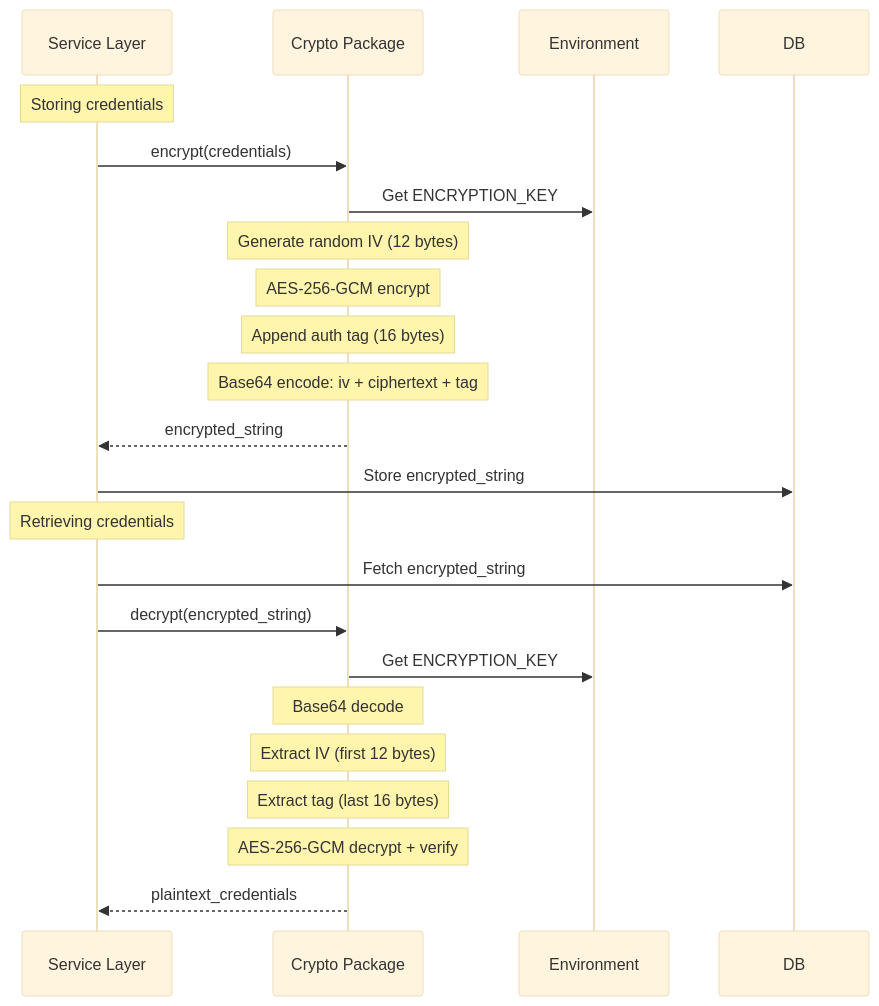
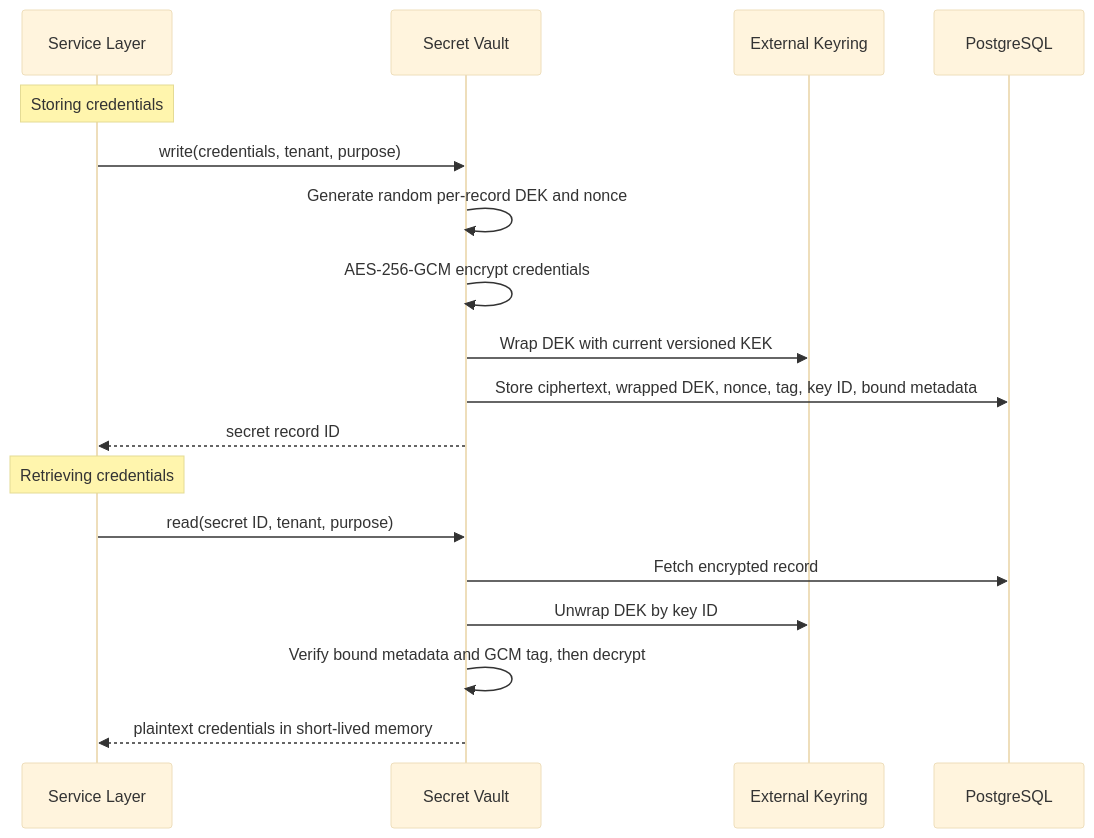
The seventh of 9 diagrams in spec/01-architecture/data-flow.md (DXHeroes/authlane), drawn with Mermaid (base theme) before and after one commit. The commit also changed other lines of this file and 60 other files, not shown here.

````diff
--- a/spec/01-architecture/data-flow.md
+++ b/spec/01-architecture/data-flow.md
@@ -217,32 +217,24 @@
 ```mermaid
 sequenceDiagram
     participant Service as Service Layer
-    participant Crypto as Crypto Package
-    participant Env as Environment
+    participant Vault as Secret Vault
+    participant Keys as External Keyring
+    participant DB as PostgreSQL
 
     Note over Service: Storing credentials
 
-    Service->>Crypto: encrypt(credentials)
-    Crypto->>Env: Get ENCRYPTION_KEY
-
-    Note over Crypto: Generate random IV (12 bytes)
-    Note over Crypto: AES-256-GCM encrypt
-    Note over Crypto: Append auth tag (16 bytes)
-    Note over Crypto: Base64 encode: iv + ciphertext + tag
-
-    Crypto-->>Service: encrypted_string
-    Service->>DB: Store encrypted_string
+    Service->>Vault: write(credentials, tenant, purpose)
+    Vault->>Vault: Generate random per-record DEK and nonce
+    Vault->>Vault: AES-256-GCM encrypt credentials
+    Vault->>Keys: Wrap DEK with current versioned KEK
+    Vault->>DB: Store ciphertext, wrapped DEK, nonce, tag, key ID, bound metadata
+    Vault-->>Service: secret record ID
 
     Note over Service: Retrieving credentials
 
-    Service->>DB: Fetch encrypted_string
-    Service->>Crypto: decrypt(encrypted_string)
-    Crypto->>Env: Get ENCRYPTION_KEY
-
-    Note over Crypto: Base64 decode
-    Note over Crypto: Extract IV (first 12 bytes)
-    Note over Crypto: Extract tag (last 16 bytes)
-    Note over Crypto: AES-256-GCM decrypt + verify
-
-    Crypto-->>Service: plaintext_credentials
+    Service->>Vault: read(secret ID, tenant, purpose)
+    Vault->>DB: Fetch encrypted record
+    Vault->>Keys: Unwrap DEK by key ID
+    Vault->>Vault: Verify bound metadata and GCM tag, then decrypt
+    Vault-->>Service: plaintext credentials in short-lived memory
 ```
````
